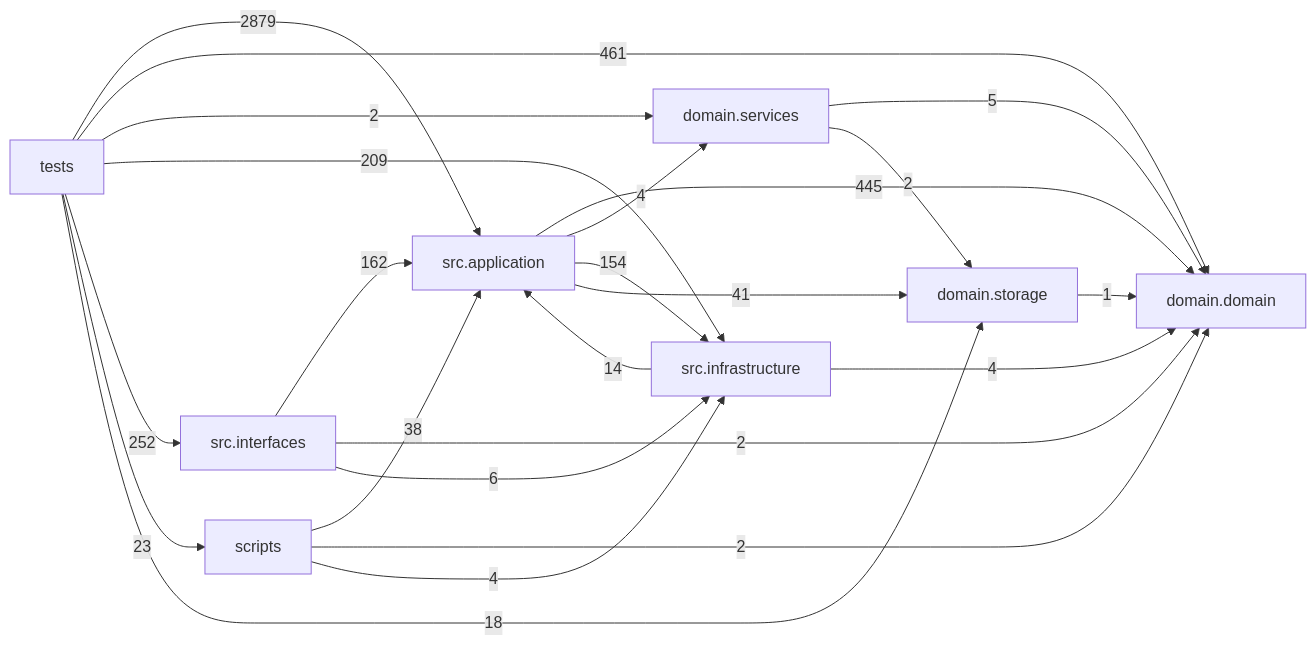
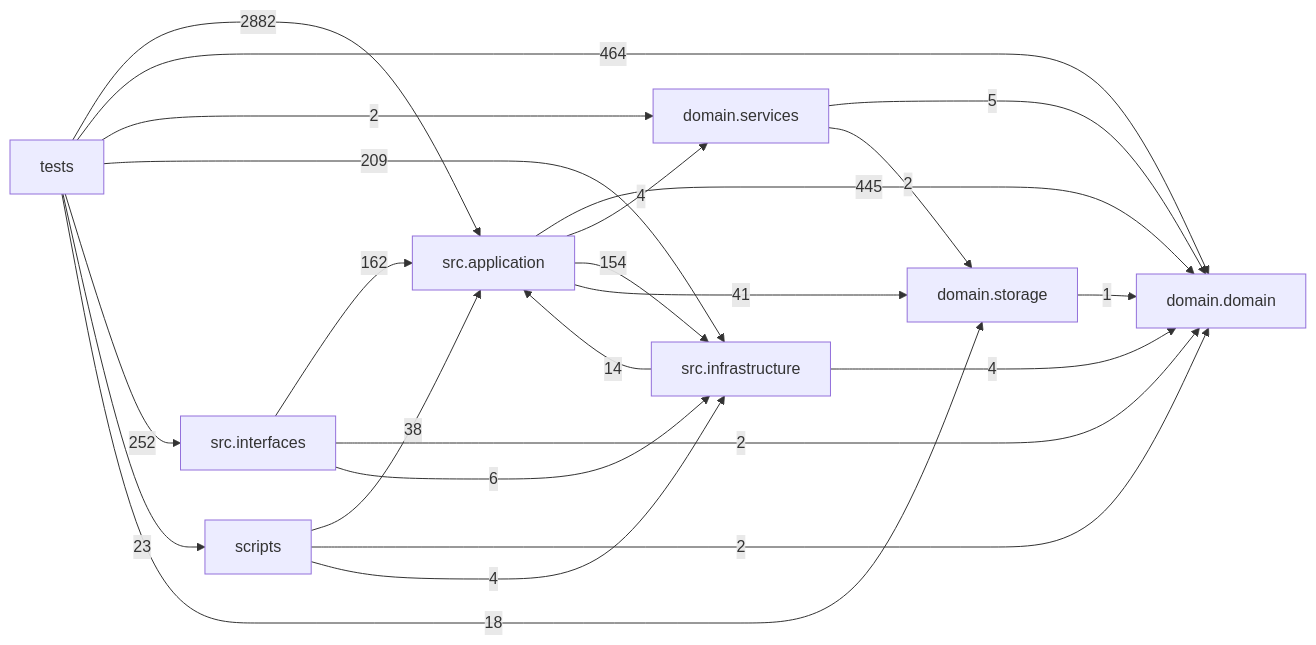
One commit to liuxie066/options-monitor changed the diagram in docs/DEPENDENCY_GRAPH.md. Above: the diagram before and after it, drawn with Mermaid. The commit also changed other lines of this file, not shown here.

Commit message:
docs(repo): refresh dependency graph

````diff
--- a/docs/DEPENDENCY_GRAPH.md
+++ b/docs/DEPENDENCY_GRAPH.md
@@ -24,33 +24,33 @@
 ```mermaid
 flowchart LR
   tests["tests"]
   scripts["scripts"]
   interfaces["src.interfaces"]
   application["src.application"]
   infrastructure["src.infrastructure"]
   domain_services["domain.services"]
   domain["domain.domain"]
   storage["domain.storage"]
   application -->|445| domain
   application -->|4| domain_services
   application -->|154| infrastructure
   application -->|41| storage
   domain_services -->|5| domain
   domain_services -->|2| storage
   infrastructure -->|14| application
   infrastructure -->|4| domain
   interfaces -->|162| application
   interfaces -->|2| domain
   interfaces -->|6| infrastructure
   scripts -->|38| application
   scripts -->|2| domain
   scripts -->|4| infrastructure
   storage -->|1| domain
-  tests -->|2879| application
-  tests -->|461| domain
+  tests -->|2882| application
+  tests -->|464| domain
   tests -->|2| domain_services
   tests -->|209| infrastructure
   tests -->|252| interfaces
   tests -->|23| scripts
   tests -->|18| storage
 ```
````
